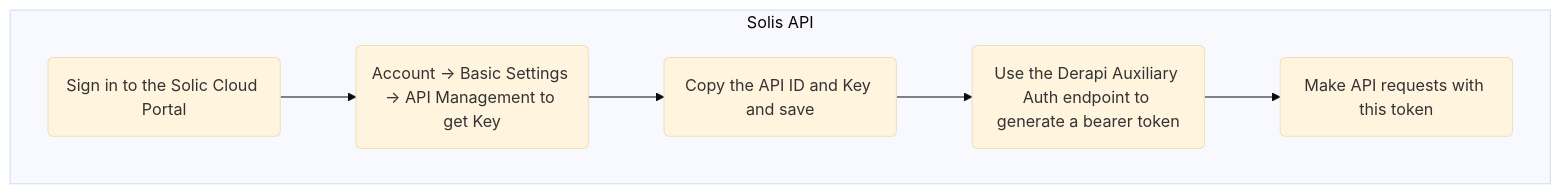
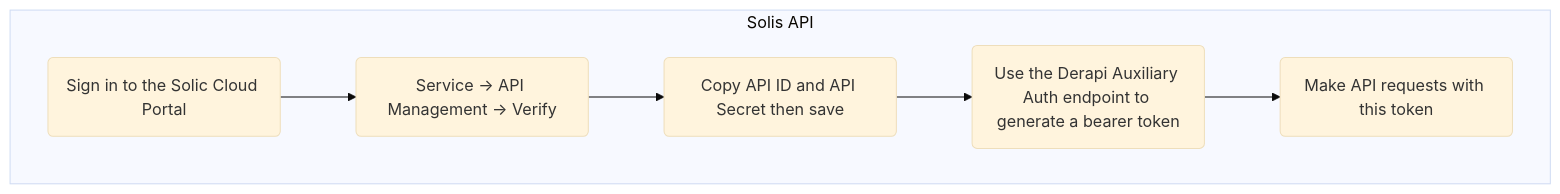
The first of 5 diagrams in README.md (derapi/derapi), drawn with Mermaid (base theme) before and after one commit.

Commit message:
updated Solis API key instructions

````diff
--- a/README.md
+++ b/README.md
@@ -246,9 +246,9 @@
 ``` mermaid
 graph TD
 	subgraph Solis API
-		a("Sign in to the Solic Cloud Portal") --> b("Account -> Basic Settings -> API Management to get Key")
-		b --> c("Copy the API ID and Key and save")
+		a("Sign in to the Solic Cloud Portal") --> b("Service → API Management → Verify")
+		b --> c("Copy API ID and API Secret then save")
 		c --> d("Use the Derapi Auxiliary Auth endpoint to generate a bearer token")
 		d --> e("Make API requests with this token")
 	end
 ```
````
